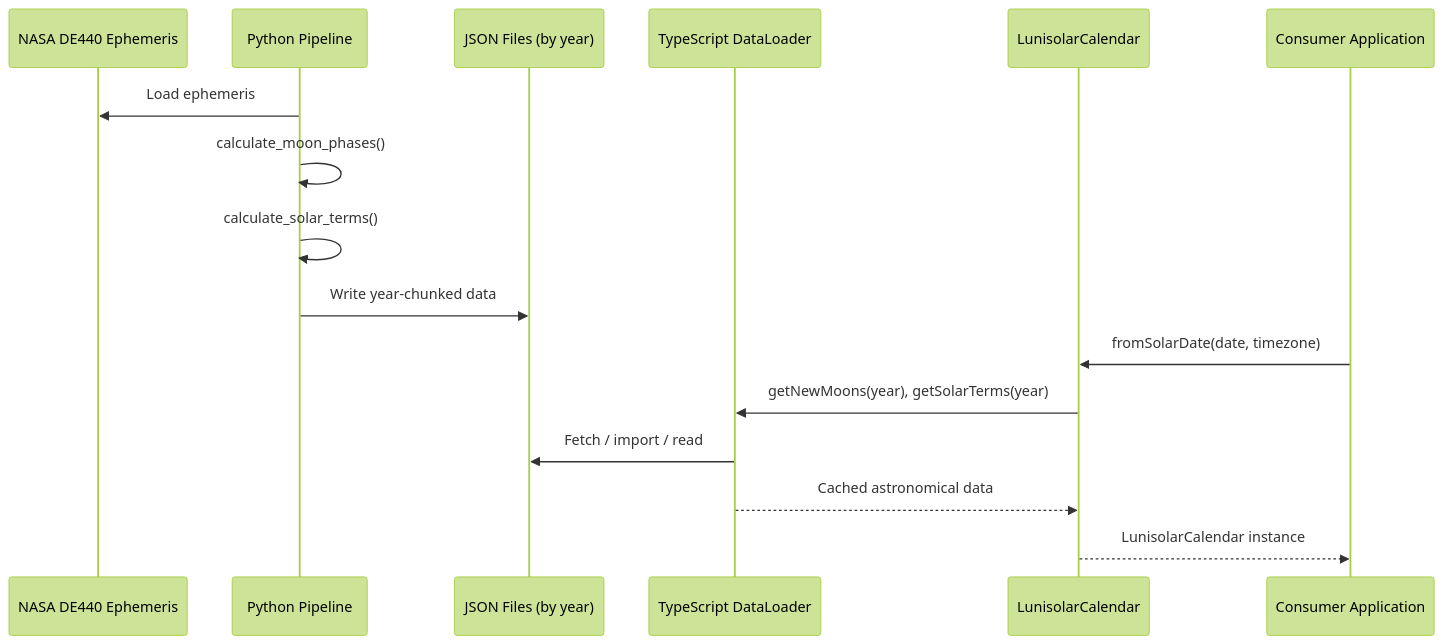
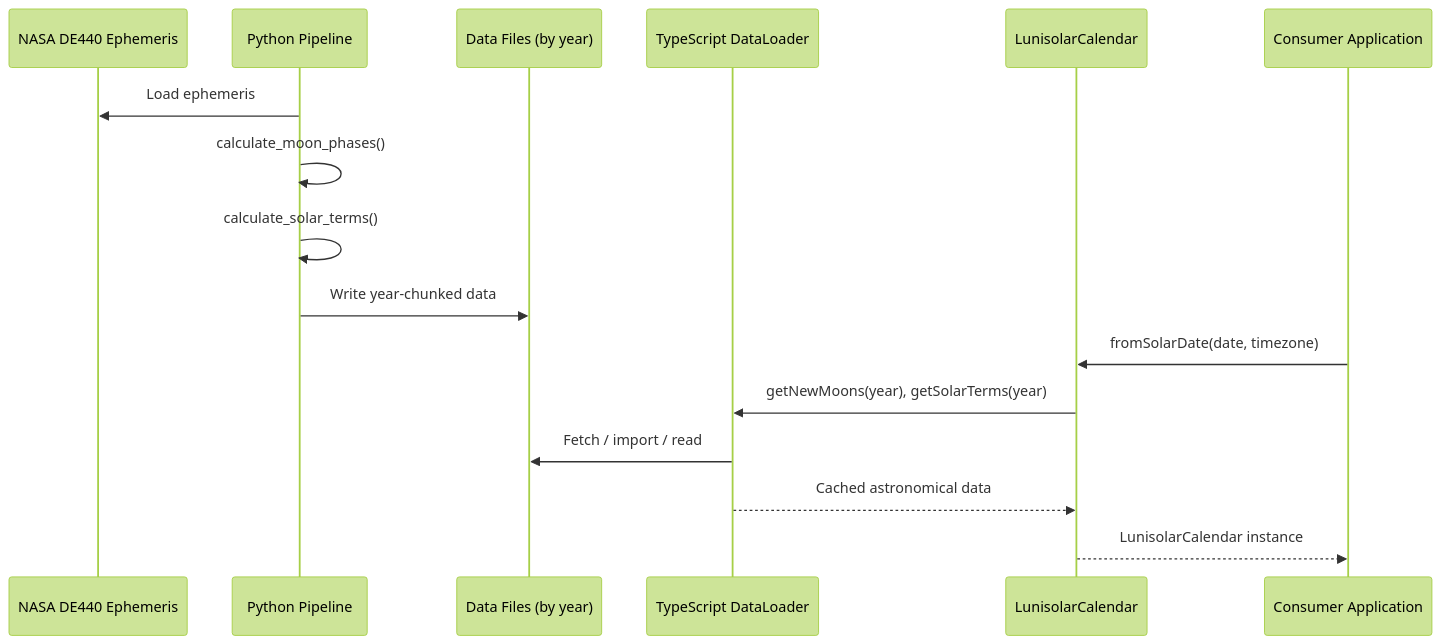
Diagram 12 of 12 in ARCHITECTURE.md (huydhoang/lunisolar-calendar), drawn with Mermaid (forest theme) before and after one commit. The commit also changed other lines of this file and 692 other files, not shown here.

Commit message:
Restructure repository: rename wasm/→ports/, move archive/pkg-ts/→ports/lunisolar-ts/, rename data/→lunisolar-python/, remove output/json/

````diff
--- a/ARCHITECTURE.md
+++ b/ARCHITECTURE.md
@@ -541,20 +541,20 @@
 ```mermaid
 sequenceDiagram
     participant Eph as NASA DE440 Ephemeris
     participant Py as Python Pipeline
-    participant JSON as JSON Files (by year)
+    participant Data as Data Files (by year)
     participant DL as TypeScript DataLoader
     participant Cal as LunisolarCalendar
     participant App as Consumer Application
 
     Py->>Eph: Load ephemeris
     Py->>Py: calculate_moon_phases()
     Py->>Py: calculate_solar_terms()
-    Py->>JSON: Write year-chunked data
+    Py->>Data: Write year-chunked data
 
     App->>Cal: fromSolarDate(date, timezone)
     Cal->>DL: getNewMoons(year), getSolarTerms(year)
-    DL->>JSON: Fetch / import / read
+    DL->>Data: Fetch / import / read
     DL-->>Cal: Cached astronomical data
     Cal-->>App: LunisolarCalendar instance
 ```
````
